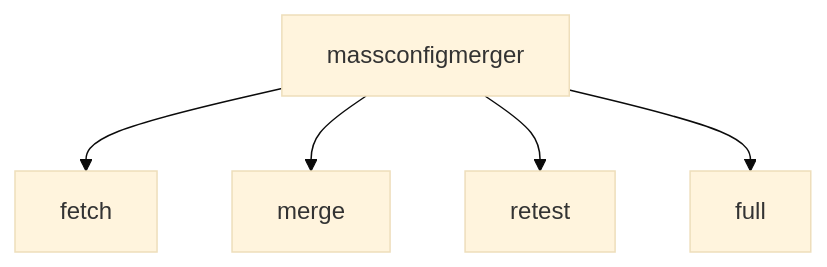
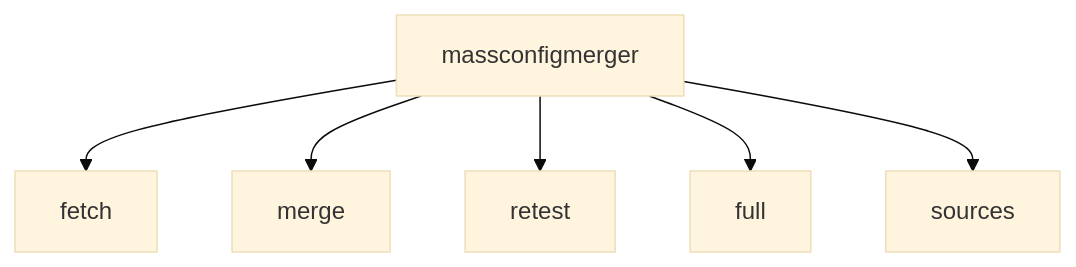
Before and after one commit to AmirrezaFarnamTaheri/MassConfigMerger: the diagram in README.md, drawn with Mermaid (base theme). The commit also changed other lines of this file and 55 other files, not shown here.

````diff
--- a/README.md
+++ b/README.md
@@ -11,7 +11,8 @@
 ```mermaid
 graph TD
     A[massconfigmerger] --> B[fetch]
     A --> C[merge]
     A --> D[retest]
     A --> E[full]
+    A --> F[sources]
 ```
````
